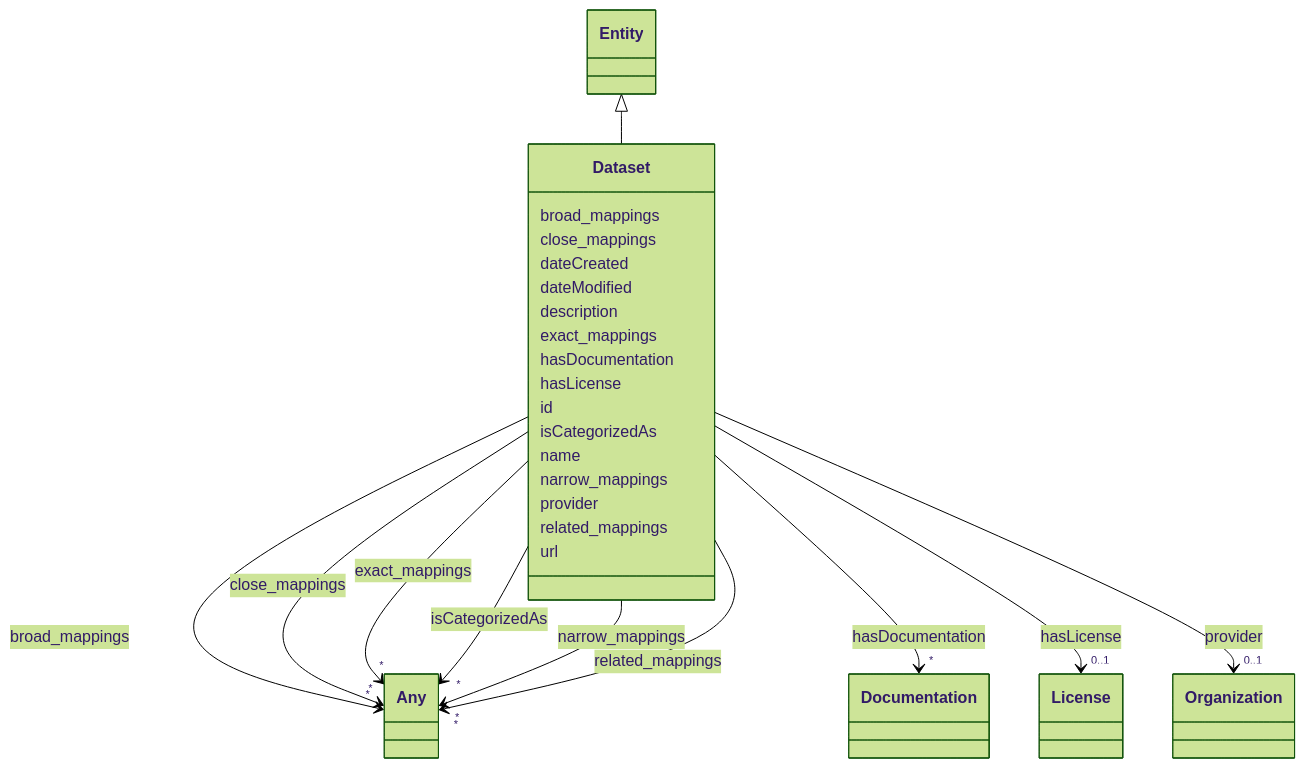
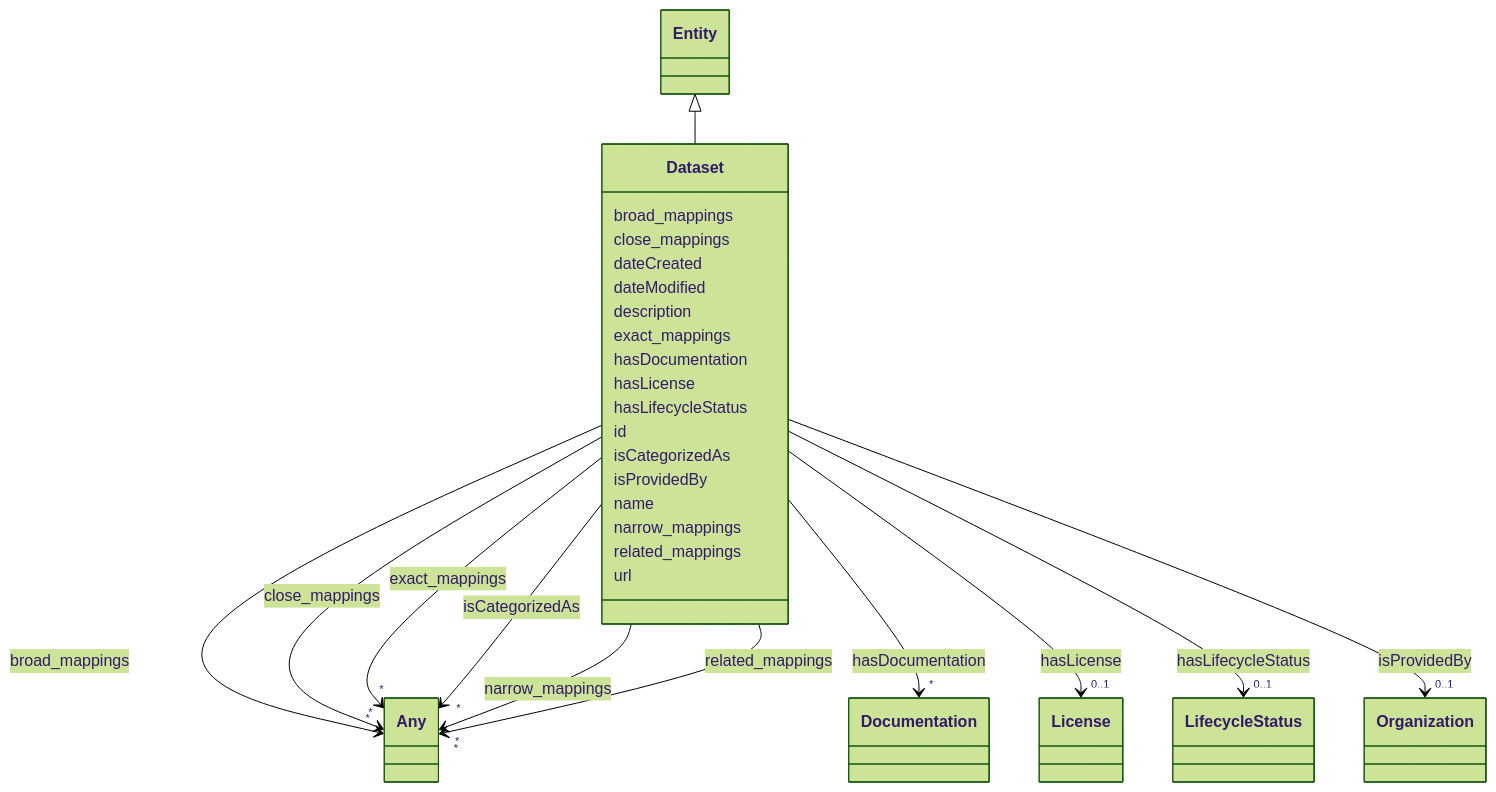
Before and after one commit to ingelise/risk-atlas-nexus: the diagram in docs/ontology/Dataset.md, drawn with Mermaid (forest theme). The commit also changed other lines of this file and 206 other files, not shown here.

```diff
--- a/docs/ontology/Dataset.md
+++ b/docs/ontology/Dataset.md
@@ -79,6 +79,17 @@
 
 
 
+      Dataset : hasLifecycleStatus
+
+
+
+
+
+        Dataset --> "0..1" LifecycleStatus : hasLifecycleStatus
+        click LifecycleStatus href "../LifecycleStatus/"
+
+
+
       Dataset : id
 
       Dataset : isCategorizedAs
@@ -92,6 +103,17 @@
 
 
 
+      Dataset : isProvidedBy
+
+
+
+
+
+        Dataset --> "0..1" Organization : isProvidedBy
+        click Organization href "../Organization/"
+
+
+
       Dataset : name
 
       Dataset : narrow_mappings
@@ -102,17 +124,6 @@
 
         Dataset --> "*" Any : narrow_mappings
         click Any href "../Any/"
-
-
-
-      Dataset : provider
-
-
-
-
-
-        Dataset --> "0..1" Organization : provider
-        click Organization href "../Organization/"
 
 
 
```
